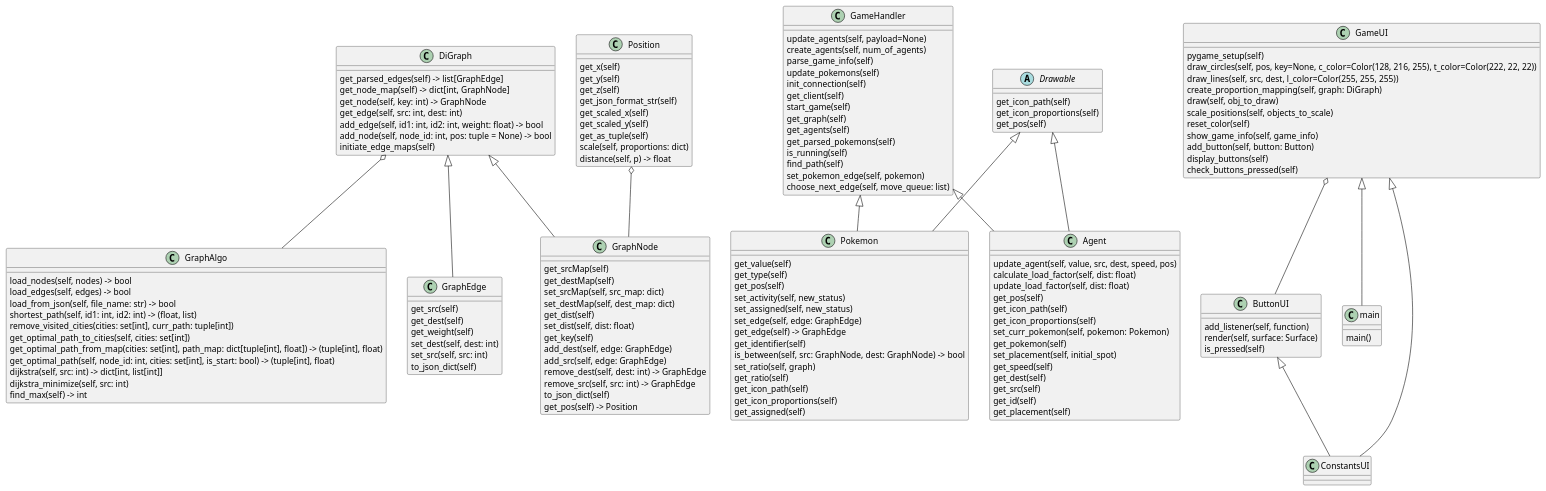
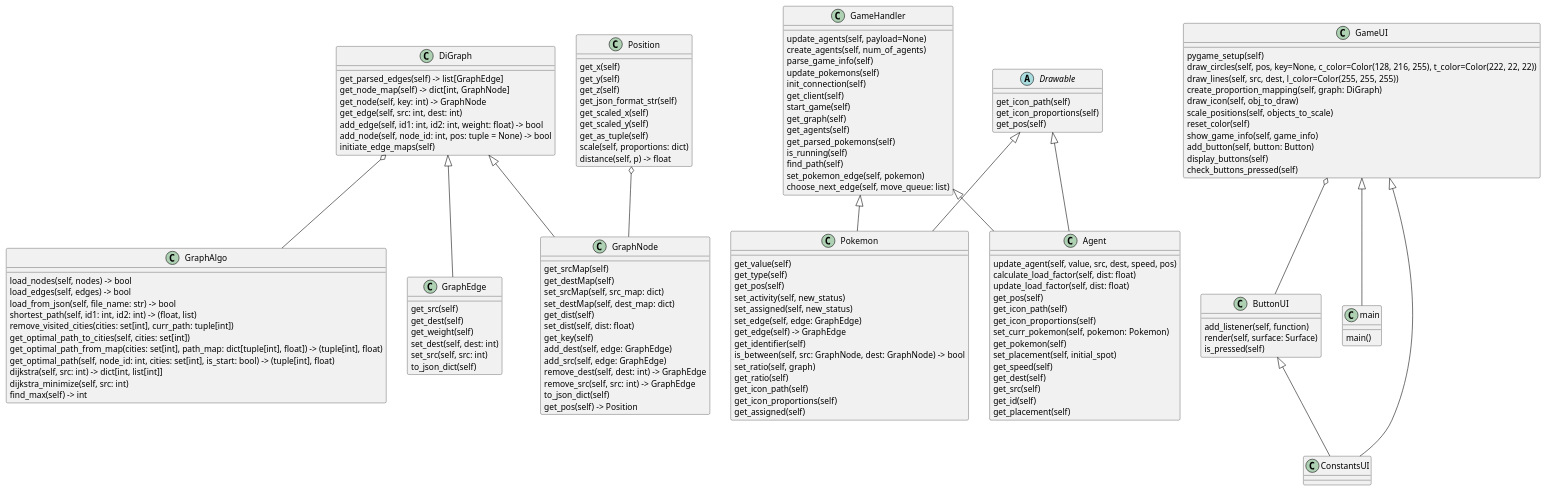
Before and after one commit to OriHoward/oop-ex5: the diagram in UML.puml, drawn with PlantUML.

Commit message:
Update UML

```diff
--- a/UML.puml
+++ b/UML.puml
@@ -1,158 +1,158 @@
 @startuml
 'https://plantuml.com/class-diagram
 
 class GraphAlgo {
  load_nodes(self, nodes) -> bool
  load_edges(self, edges) -> bool
  load_from_json(self, file_name: str) -> bool
  shortest_path(self, id1: int, id2: int) -> (float, list)
  remove_visited_cities(cities: set[int], curr_path: tuple[int])
  get_optimal_path_to_cities(self, cities: set[int])
  get_optimal_path_from_map(cities: set[int], path_map: dict[tuple[int], float]) -> (tuple[int], float)
  get_optimal_path(self, node_id: int, cities: set[int], is_start: bool) -> (tuple[int], float)
  dijkstra(self, src: int) -> dict[int, list[int]]
  dijkstra_minimize(self, src: int)
  find_max(self) -> int
 }
 
 class DiGraph  {
   get_parsed_edges(self) -> list[GraphEdge]
   get_node_map(self) -> dict[int, GraphNode]
   get_node(self, key: int) -> GraphNode
   get_edge(self, src: int, dest: int)
   add_edge(self, id1: int, id2: int, weight: float) -> bool
   add_node(self, node_id: int, pos: tuple = None) -> bool
   initiate_edge_maps(self)
 }
 
 class GraphEdge {
   get_src(self)
   get_dest(self)
   get_weight(self)
   set_dest(self, dest: int)
   set_src(self, src: int)
   to_json_dict(self)
 }
 
 class GraphNode {
   get_srcMap(self)
   get_destMap(self)
   set_srcMap(self, src_map: dict)
   set_destMap(self, dest_map: dict)
   get_dist(self)
   set_dist(self, dist: float)
   get_key(self)
   add_dest(self, edge: GraphEdge)
   add_src(self, edge: GraphEdge)
   remove_dest(self, dest: int) -> GraphEdge
   remove_src(self, src: int) -> GraphEdge
   to_json_dict(self)
   get_pos(self) -> Position
 
 }
 
 class GameHandler {
   update_agents(self, payload=None)
   create_agents(self, num_of_agents)
   parse_game_info(self)
   update_pokemons(self)
   init_connection(self)
   get_client(self)
   start_game(self)
   get_graph(self)
   get_agents(self)
   get_parsed_pokemons(self)
   is_running(self)
   find_path(self)
   set_pokemon_edge(self, pokemon)
   choose_next_edge(self, move_queue: list)
 }
 
 class GameUI {
   pygame_setup(self)
   draw_circles(self, pos, key=None, c_color=Color(128, 216, 255), t_color=Color(222, 22, 22))
   draw_lines(self, src, dest, l_color=Color(255, 255, 255))
   create_proportion_mapping(self, graph: DiGraph)
-  draw(self, obj_to_draw)
+  draw_icon(self, obj_to_draw)
   scale_positions(self, objects_to_scale)
   reset_color(self)
   show_game_info(self, game_info)
   add_button(self, button: Button)
   display_buttons(self)
   check_buttons_pressed(self)
 }
 
 class ButtonUI {
   add_listener(self, function)
   render(self, surface: Surface)
   is_pressed(self)
 }
 
 class main {
   main()
 }
 class Position {
   get_x(self)
   get_y(self)
   get_z(self)
   get_json_format_str(self)
   get_scaled_x(self)
   get_scaled_y(self)
   get_as_tuple(self)
   scale(self, proportions: dict)
   distance(self, p) -> float
 }
 
 class Pokemon {
   get_value(self)
   get_type(self)
   get_pos(self)
   set_activity(self, new_status)
   set_assigned(self, new_status)
   set_edge(self, edge: GraphEdge)
   get_edge(self) -> GraphEdge
   get_identifier(self)
   is_between(self, src: GraphNode, dest: GraphNode) -> bool
   set_ratio(self, graph)
   get_ratio(self)
   get_icon_path(self)
   get_icon_proportions(self)
   get_assigned(self)
 }
 
 class Agent {
   update_agent(self, value, src, dest, speed, pos)
   calculate_load_factor(self, dist: float)
   update_load_factor(self, dist: float)
   get_pos(self)
   get_icon_path(self)
   get_icon_proportions(self)
   set_curr_pokemon(self, pokemon: Pokemon)
   get_pokemon(self)
   set_placement(self, initial_spot)
   get_speed(self)
   get_dest(self)
   get_src(self)
   get_id(self)
   get_placement(self)
 }
 
 abstract class Drawable {
   get_icon_path(self)
   get_icon_proportions(self)
   get_pos(self)
 }
 
 Position o-- GraphNode
 DiGraph o-- GraphAlgo
 DiGraph <|-- GraphEdge
 DiGraph <|-- GraphNode
 GameUI o-- ButtonUI
 GameHandler <|-- Pokemon
 GameHandler <|-- Agent
 GameUI <|-- main
 GameUI <|-- ConstantsUI
 ButtonUI <|-- ConstantsUI
 Drawable <|-- Pokemon
 Drawable <|-- Agent
 @enduml
```
